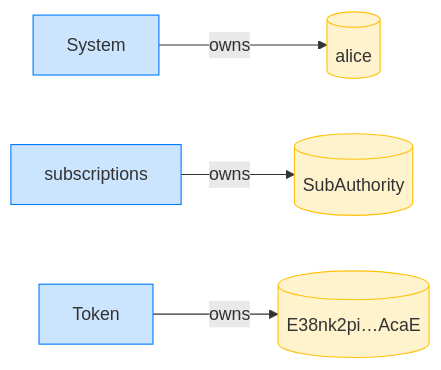
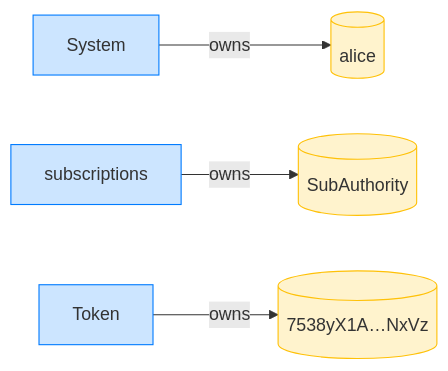
One commit to cds-rs/subscriptions changed the fourth of 28 diagrams in dsl_tests/cancel-on-a-ghost-plan-expires-immediately.md. Above: the diagram before and after it, drawn with Mermaid. The commit also changed other lines of this file and 224 other files, not shown here.

````diff
--- a/dsl_tests/cancel-on-a-ghost-plan-expires-immediately.md
+++ b/dsl_tests/cancel-on-a-ghost-plan-expires-immediately.md
@@ -73,14 +78,14 @@
 ```mermaid
 flowchart LR
     classDef owner fill:#cce5ff,stroke:#007bff;
     classDef account fill:#fff3cd,stroke:#ffc107;
     System[System]:::owner
     alice[(alice)]:::account
     subscriptions[subscriptions]:::owner
     SubAuthority[(SubAuthority)]:::account
     Token[Token]:::owner
-    E38nk2pi_AcaE[("E38nk2pi…AcaE")]:::account
+    7538yX1A_NxVz[("7538yX1A…NxVz")]:::account
     System -->|owns| alice
     subscriptions -->|owns| SubAuthority
-    Token -->|owns| E38nk2pi_AcaE
+    Token -->|owns| 7538yX1A_NxVz
 ```
````
